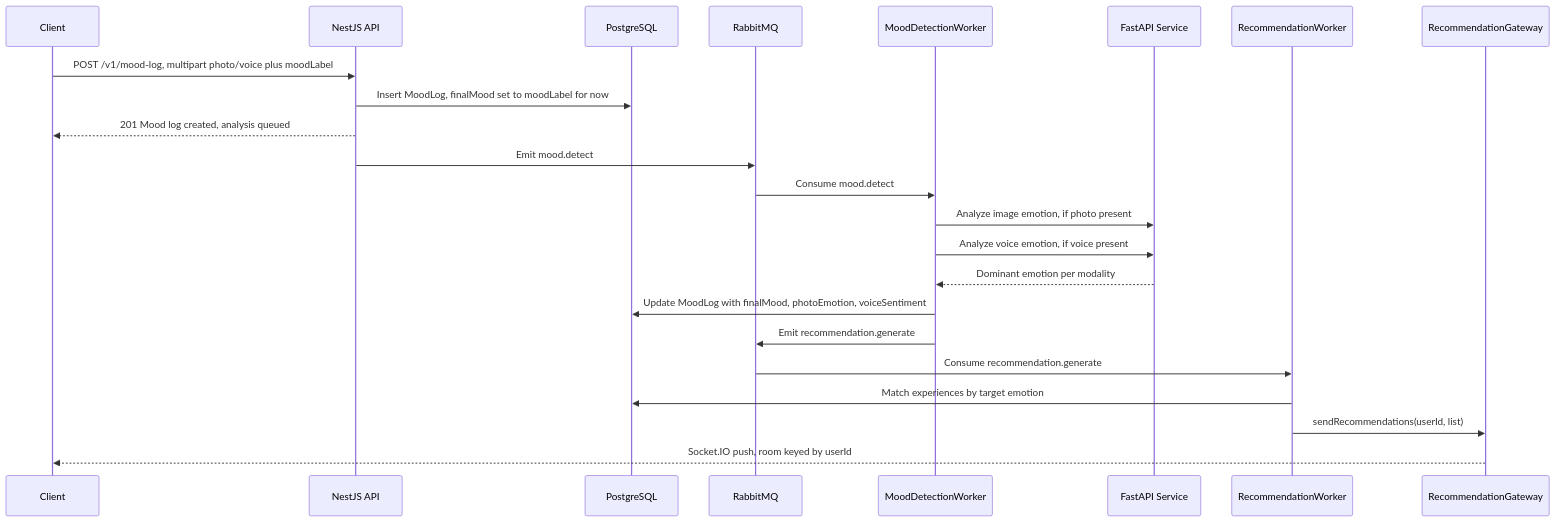
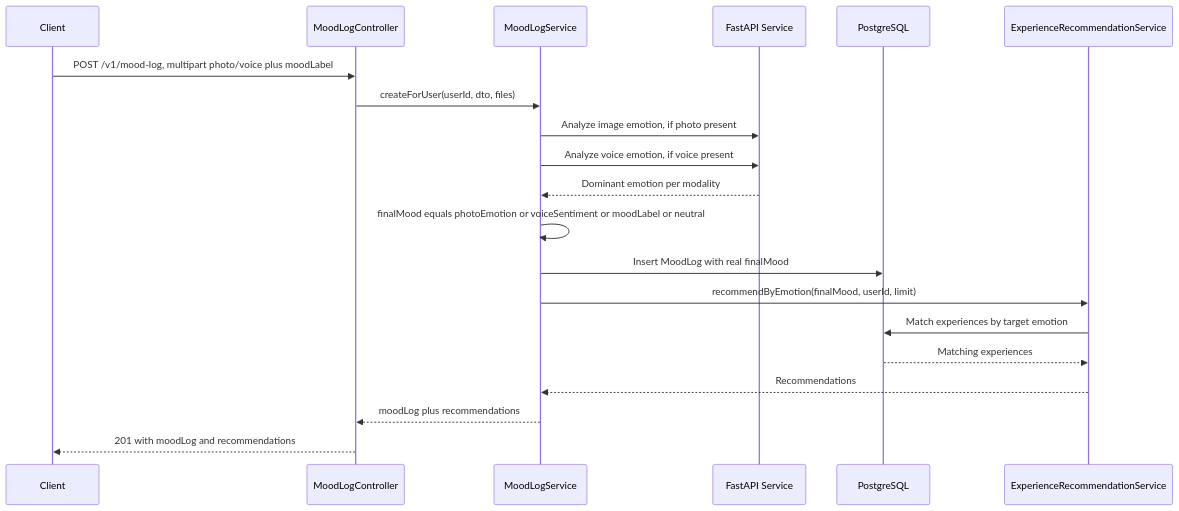
The third of 3 diagrams in README.md (M-Talha-Atif/moodly-api), drawn with Mermaid before and after one commit. The commit also changed other lines of this file and 8 other files, not shown here.

First line of the commit message:
Make mood detection and recommendation synchronous

````diff
--- a/README.md
+++ b/README.md
@@ -379,28 +379,23 @@
 ```mermaid
 sequenceDiagram
     participant C as Client
-    participant API as NestJS API
+    participant Ctrl as MoodLogController
+    participant Svc as MoodLogService
+    participant FA as FastAPI Service
     participant DB as PostgreSQL
-    participant Q as RabbitMQ
-    participant W1 as MoodDetectionWorker
-    participant FA as FastAPI Service
-    participant W2 as RecommendationWorker
-    participant WS as RecommendationGateway
+    participant Rec as ExperienceRecommendationService
 
-    C->>API: POST /v1/mood-log, multipart photo/voice plus moodLabel
-    API->>DB: Insert MoodLog, finalMood set to moodLabel for now
-    API-->>C: 201 Mood log created, analysis queued
-    API->>Q: Emit mood.detect
-
-    Q->>W1: Consume mood.detect
-    W1->>FA: Analyze image emotion, if photo present
-    W1->>FA: Analyze voice emotion, if voice present
-    FA-->>W1: Dominant emotion per modality
-    W1->>DB: Update MoodLog with finalMood, photoEmotion, voiceSentiment
-    W1->>Q: Emit recommendation.generate
-
-    Q->>W2: Consume recommendation.generate
-    W2->>DB: Match experiences by target emotion
-    W2->>WS: sendRecommendations(userId, list)
-    WS-->>C: Socket.IO push, room keyed by userId
+    C->>Ctrl: POST /v1/mood-log, multipart photo/voice plus moodLabel
+    Ctrl->>Svc: createForUser(userId, dto, files)
+    Svc->>FA: Analyze image emotion, if photo present
+    Svc->>FA: Analyze voice emotion, if voice present
+    FA-->>Svc: Dominant emotion per modality
+    Svc->>Svc: finalMood equals photoEmotion or voiceSentiment or moodLabel or neutral
+    Svc->>DB: Insert MoodLog with real finalMood
+    Svc->>Rec: recommendByEmotion(finalMood, userId, limit)
+    Rec->>DB: Match experiences by target emotion
+    DB-->>Rec: Matching experiences
+    Rec-->>Svc: Recommendations
+    Svc-->>Ctrl: moodLog plus recommendations
+    Ctrl-->>C: 201 with moodLog and recommendations
 ```
````
